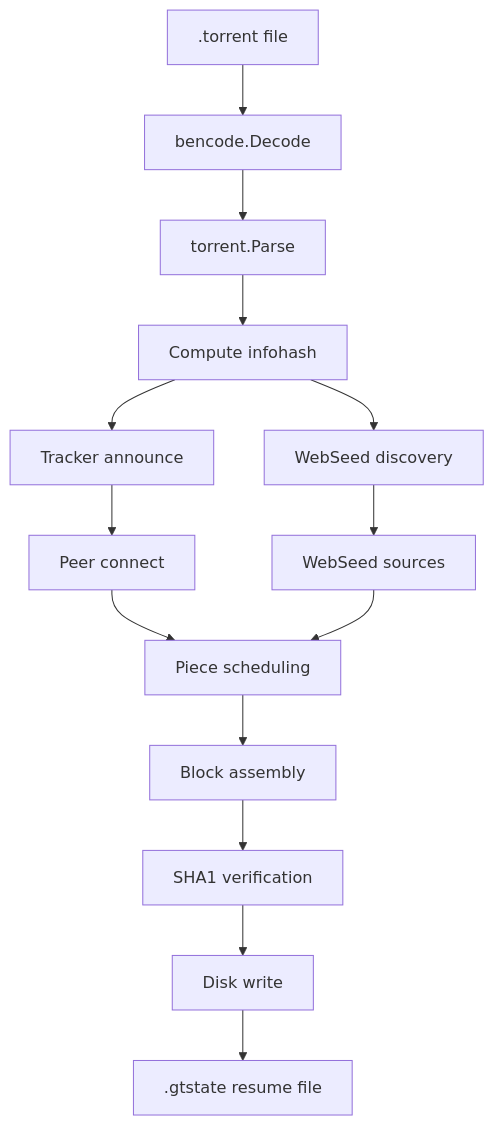
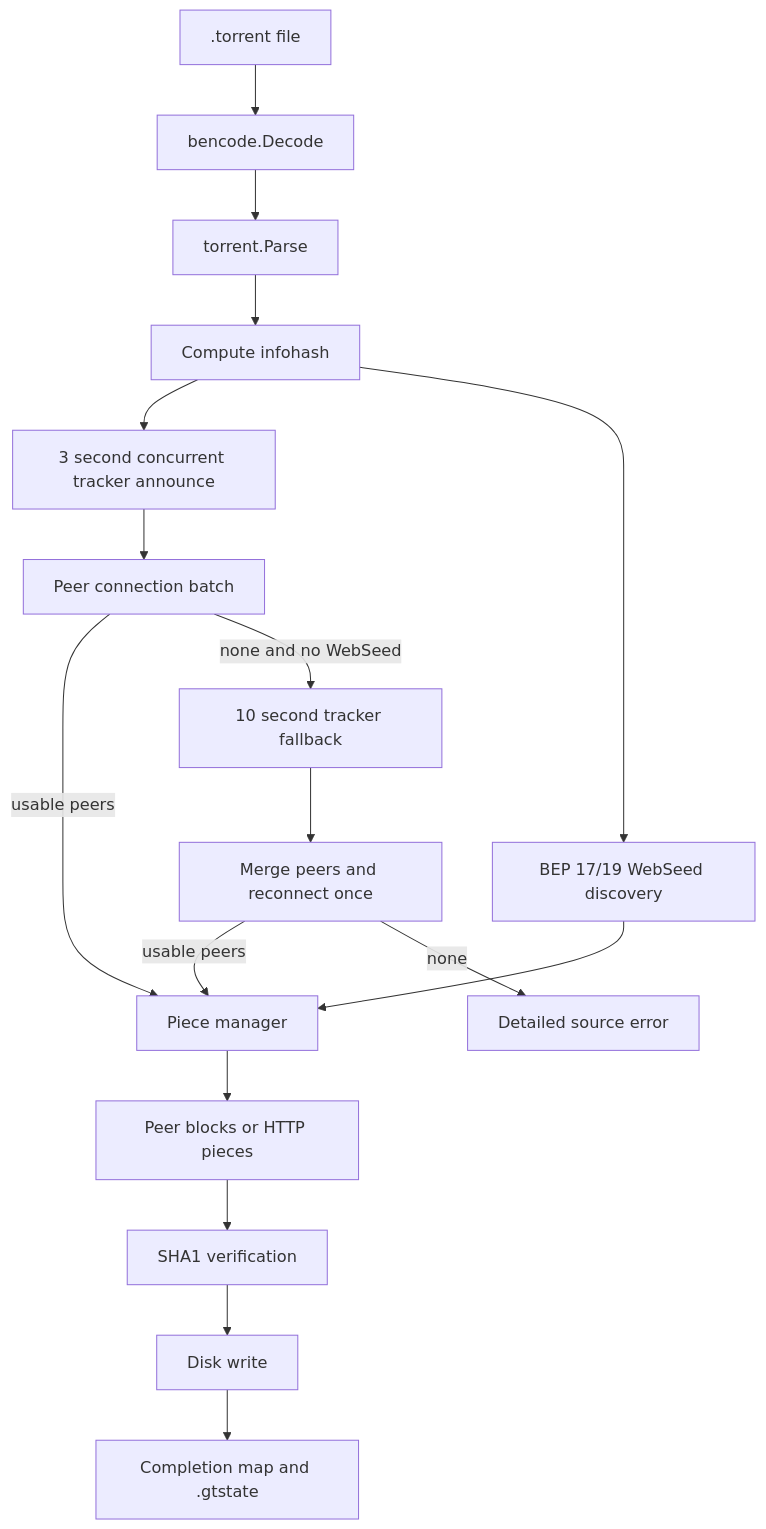
Before and after one commit to Karthik-Git763/GoTorrent: the diagram in README.md, drawn with Mermaid. The commit also changed other lines of this file, not shown here.

````diff
--- a/README.md
+++ b/README.md
@@ -59,16 +59,19 @@
 ```mermaid
 flowchart TD
     A[.torrent file] --> B[bencode.Decode]
     B --> C[torrent.Parse]
     C --> D[Compute infohash]
-    D --> E[Tracker announce]
-    D --> F[WebSeed discovery]
-    E --> G[Peer connect]
-    F --> H[WebSeed sources]
-    G --> I[Piece scheduling]
-    H --> I
-    I --> J[Block assembly]
-    J --> K[SHA1 verification]
-    K --> L[Disk write]
-    L --> M[.gtstate resume file]
+    D --> E[3 second concurrent tracker announce]
+    D --> F[BEP 17/19 WebSeed discovery]
+    E --> G[Peer connection batch]
+    G -->|usable peers| I[Piece manager]
+    G -->|none and no WebSeed| H[10 second tracker fallback]
+    H --> J[Merge peers and reconnect once]
+    J -->|usable peers| I
+    J -->|none| X[Detailed source error]
+    F --> I
+    I --> K[Peer blocks or HTTP pieces]
+    K --> L[SHA1 verification]
+    L --> M[Disk write]
+    M --> N[Completion map and .gtstate]
 ```
````
